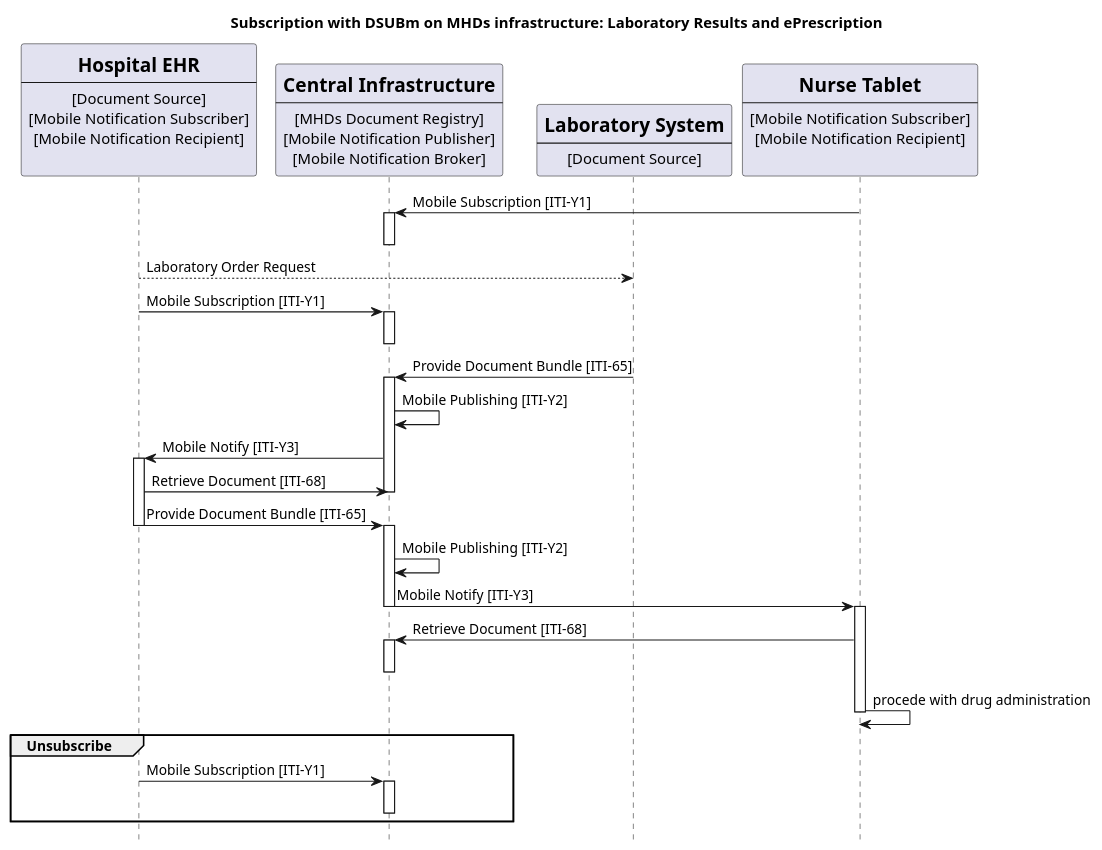
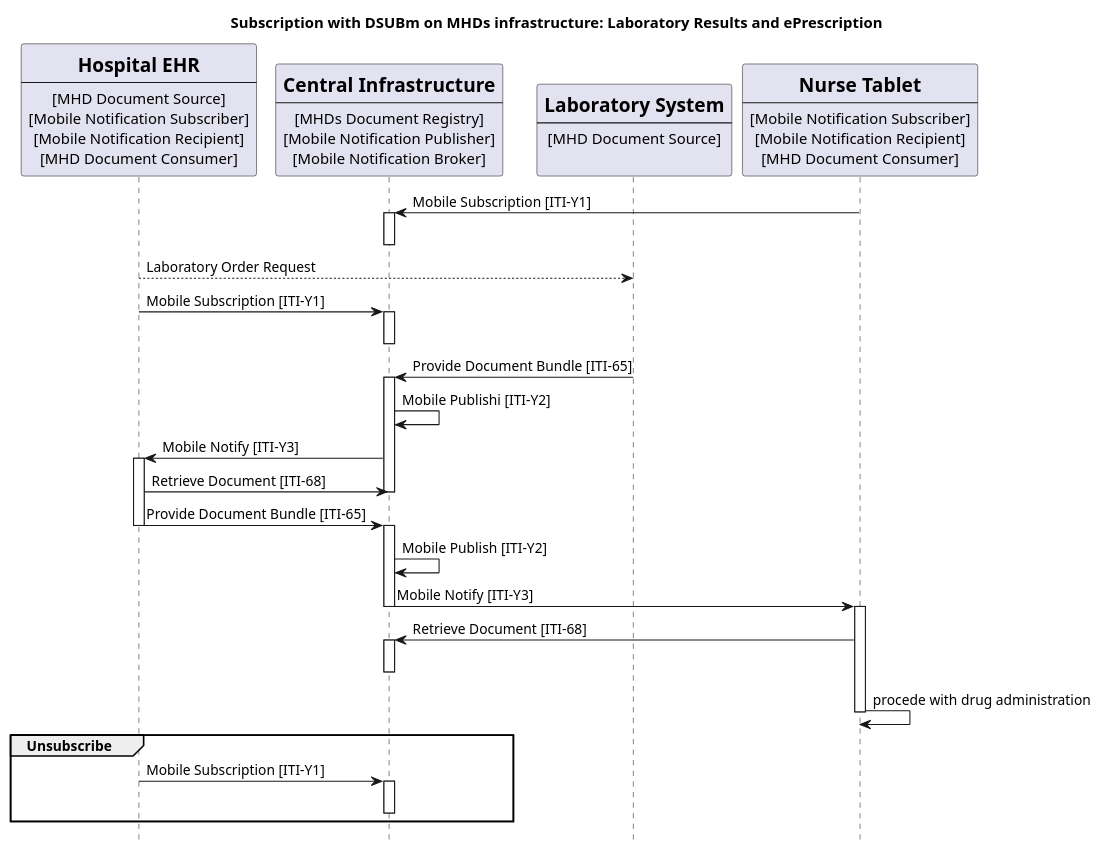
Before and after one commit to IHE/ITI.DSUBm: the diagram in input/images-source/usecase1-processflow.plantuml, drawn with PlantUML. The commit also changed 9 other files, not shown here.

```diff
--- a/input/images-source/usecase1-processflow.plantuml
+++ b/input/images-source/usecase1-processflow.plantuml
@@ -1,80 +1,81 @@
 @startuml
 skinparam svgDimensionStyle false
 hide footbox
 
 title "Subscription with DSUBm on MHDs infrastructure: Laboratory Results and ePrescription"
 participant HospitalEHR [
     =Hospital EHR
     ----
-    [Document Source]
+    [MHD Document Source]
     [Mobile Notification Subscriber]
     [Mobile Notification Recipient]
-    
+    [MHD Document Consumer]
 ] 
 
 participant MHDsDocumentRegistry [
     =Central Infrastructure
     ----
     [MHDs Document Registry]
     [Mobile Notification Publisher]
     [Mobile Notification Broker]
     ] 
 
 
 participant LaboratorySystem [
     =Laboratory System
     ----
-    [Document Source]
+    [MHD Document Source]
+    
 ] 
 
 participant NurseTablet [
     =Nurse Tablet
     ----
     [Mobile Notification Subscriber]
     [Mobile Notification Recipient]
-    
+    [MHD Document Consumer]
 ] 
 
 NurseTablet -> MHDsDocumentRegistry:   Mobile Subscription [ITI-Y1]
 activate MHDsDocumentRegistry
 deactivate MHDsDocumentRegistry
 HospitalEHR --> LaboratorySystem:  Laboratory Order Request
 
 HospitalEHR -> MHDsDocumentRegistry:  Mobile Subscription [ITI-Y1]
 activate MHDsDocumentRegistry
 deactivate MHDsDocumentRegistry
 
 
 
 
 LaboratorySystem -> MHDsDocumentRegistry: Provide Document Bundle [ITI-65]
 activate MHDsDocumentRegistry
-MHDsDocumentRegistry -> MHDsDocumentRegistry : Mobile Publishing [ITI-Y2]
+MHDsDocumentRegistry -> MHDsDocumentRegistry : Mobile Publishi [ITI-Y2]
 MHDsDocumentRegistry -> HospitalEHR : Mobile Notify [ITI-Y3]
 activate HospitalEHR
 
 HospitalEHR -> MHDsDocumentRegistry:  Retrieve Document [ITI-68]
 deactivate MHDsDocumentRegistry
 HospitalEHR -> MHDsDocumentRegistry: Provide Document Bundle [ITI-65]
 deactivate HospitalEHR
 
 activate MHDsDocumentRegistry
-MHDsDocumentRegistry -> MHDsDocumentRegistry : Mobile Publishing [ITI-Y2]
+MHDsDocumentRegistry -> MHDsDocumentRegistry : Mobile Publish [ITI-Y2]
 MHDsDocumentRegistry -> NurseTablet : Mobile Notify [ITI-Y3]
 deactivate MHDsDocumentRegistry
 activate NurseTablet
 NurseTablet -> MHDsDocumentRegistry: Retrieve Document [ITI-68]
 activate MHDsDocumentRegistry
 deactivate MHDsDocumentRegistry
 NurseTablet -> NurseTablet: procede with drug administration
 deactivate NurseTablet
 
 
 group Unsubscribe
   HospitalEHR ->MHDsDocumentRegistry: Mobile Subscription [ITI-Y1]
   activate MHDsDocumentRegistry
   deactivate MHDsDocumentRegistry
   
 end
 
 @enduml
```
